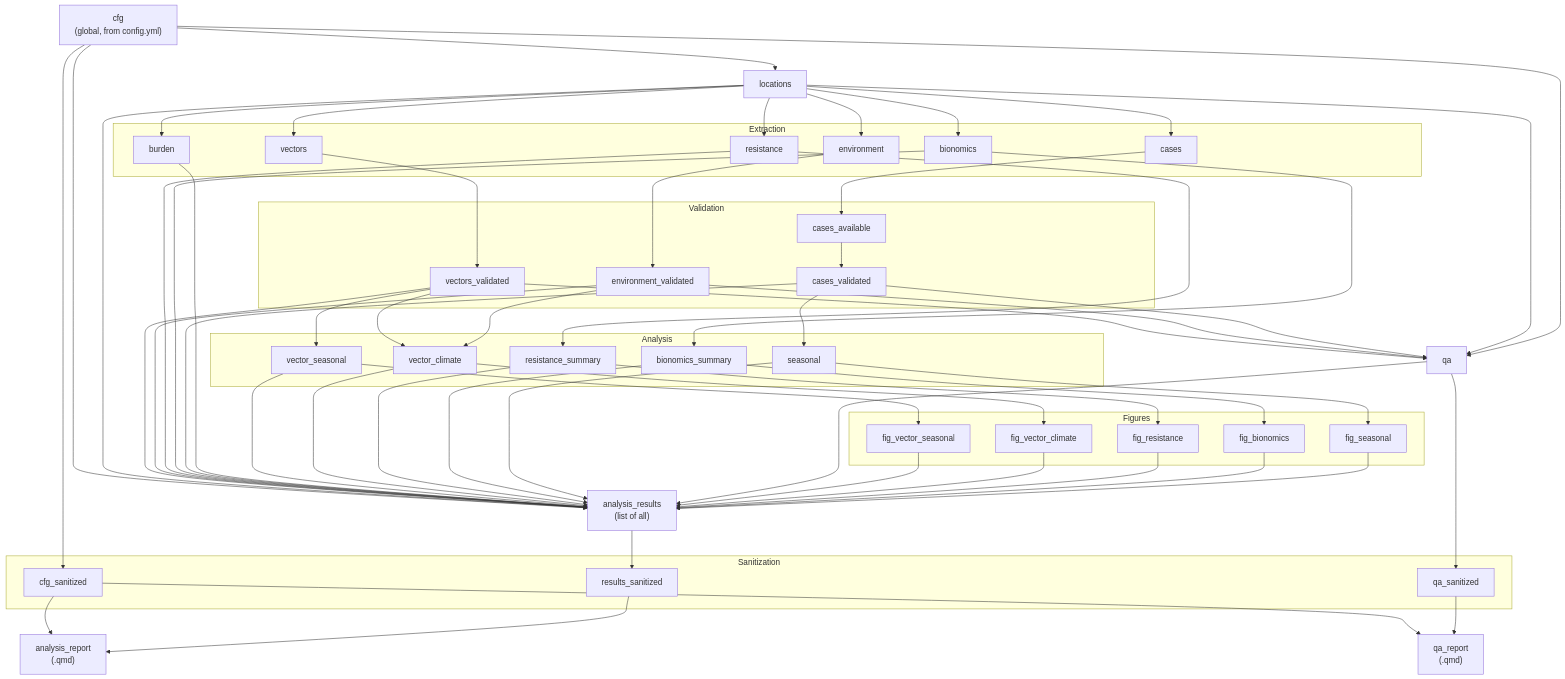
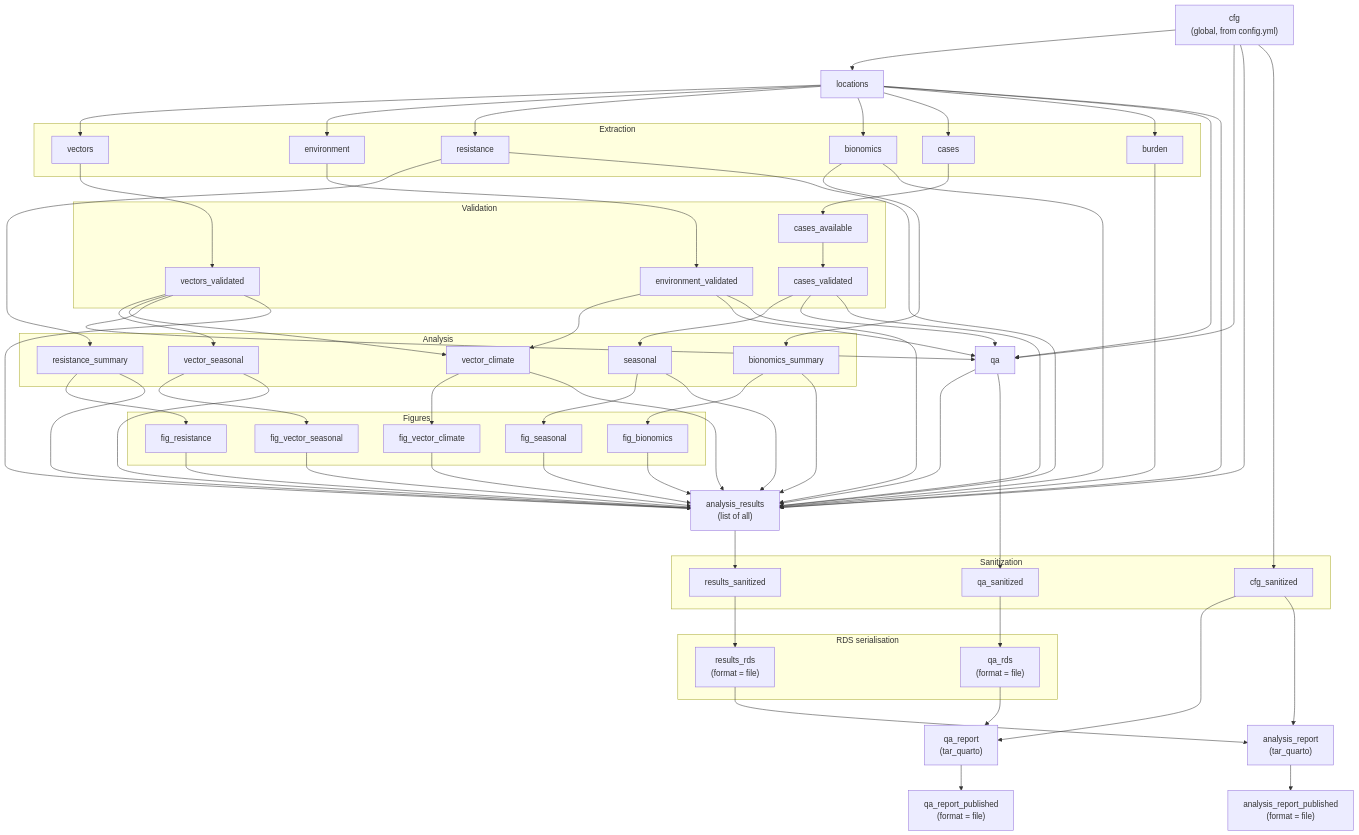
One commit to Vansnoden/vbd-cdm changed the diagram in data-analysis/docs/pipeline.md. Above: the diagram before and after it, drawn with Mermaid. The commit also changed other lines of this file and 11 other files, not shown here.

````diff
--- a/data-analysis/docs/pipeline.md
+++ b/data-analysis/docs/pipeline.md
@@ -201,11 +212,25 @@
     QA --> QS
     AR --> RSAN
 
-    QR["qa_report<br/>(.qmd)"]
-    ARPT["analysis_report<br/>(.qmd)"]
+    subgraph serialise["RDS serialisation"]
+        QRDS["qa_rds<br/>(format = file)"]
+        RRDS["results_rds<br/>(format = file)"]
+    end
+
+    QS --> QRDS
+    RSAN --> RRDS
+
+    QR["qa_report<br/>(tar_quarto)"]
+    ARPT["analysis_report<br/>(tar_quarto)"]
 
     CS --> QR
-    QS --> QR
+    QRDS --> QR
     CS --> ARPT
-    RSAN --> ARPT
+    RRDS --> ARPT
+
+    QRP["qa_report_published<br/>(format = file)"]
+    ARPP["analysis_report_published<br/>(format = file)"]
+
+    QR --> QRP
+    ARPT --> ARPP
 ```
````
